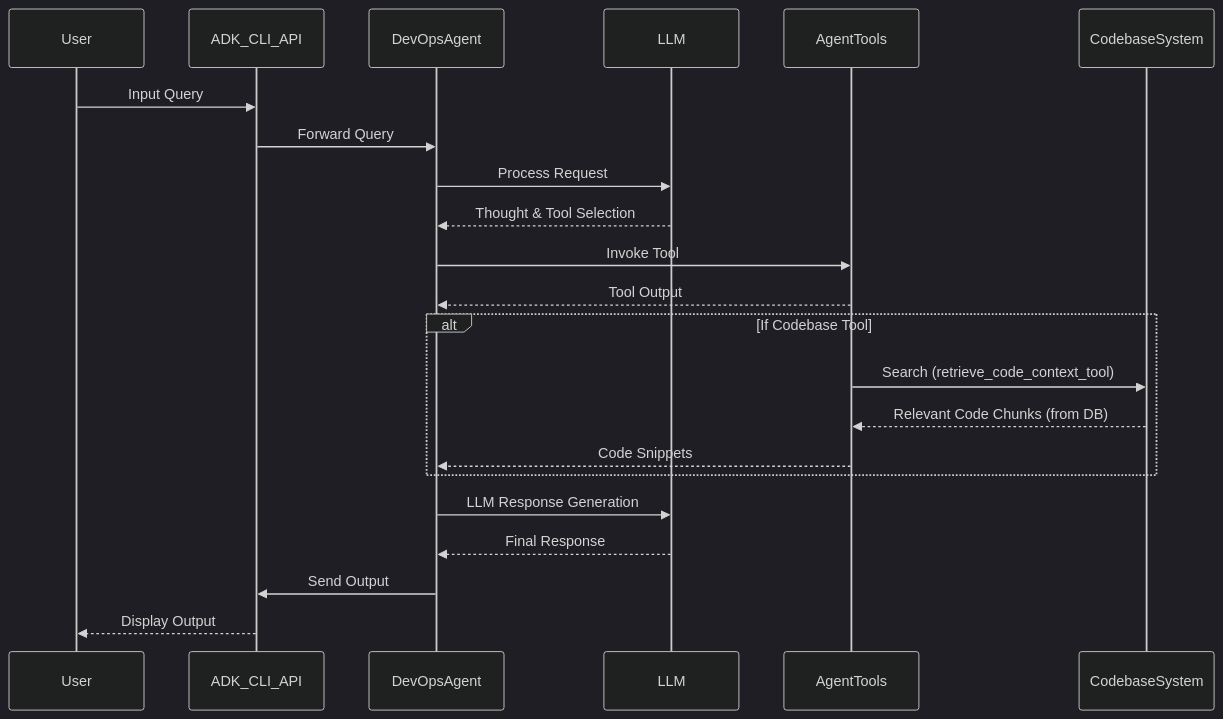
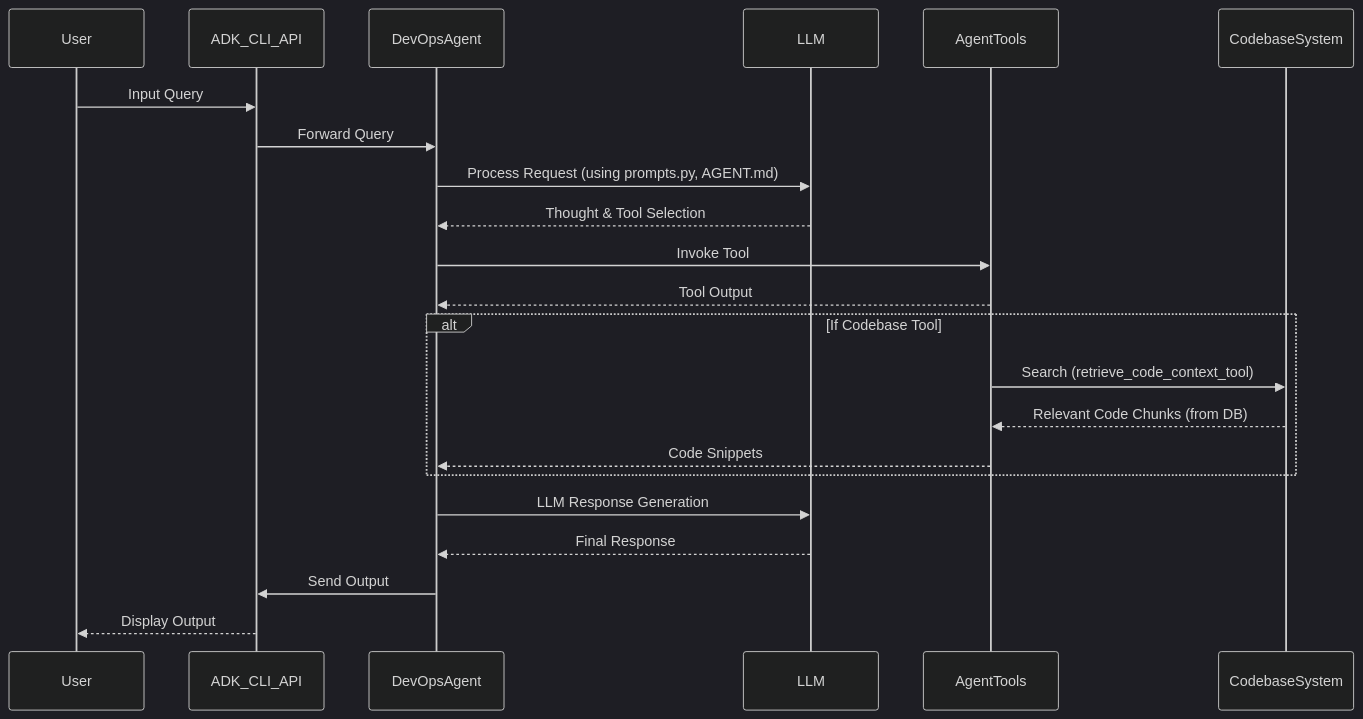
The fourth of 4 diagrams in README.md (BlueCentre/adk-agents), drawn with Mermaid (dark theme) before and after one commit. The commit also changed other lines of this file, not shown here.

````diff
--- a/README.md
+++ b/README.md
@@ -168,27 +174,27 @@
 ```mermaid
 sequenceDiagram
     participant User
     participant ADK_CLI_API
     participant DevOpsAgent
     participant LLM
     participant AgentTools
     participant CodebaseSystem
 
     User->>ADK_CLI_API: Input Query
     ADK_CLI_API->>DevOpsAgent: Forward Query
-    DevOpsAgent->>LLM: Process Request
+    DevOpsAgent->>LLM: Process Request (using prompts.py, AGENT.md)
     LLM-->>DevOpsAgent: Thought & Tool Selection
     DevOpsAgent->>AgentTools: Invoke Tool
     AgentTools-->>DevOpsAgent: Tool Output
 
     alt If Codebase Tool
         AgentTools->>CodebaseSystem: Search (retrieve_code_context_tool)
         CodebaseSystem-->>AgentTools: Relevant Code Chunks (from DB)
         AgentTools-->>DevOpsAgent: Code Snippets
     end
 
     DevOpsAgent->>LLM: LLM Response Generation
     LLM-->>DevOpsAgent: Final Response
     DevOpsAgent->>ADK_CLI_API: Send Output
     ADK_CLI_API-->>User: Display Output
 ```
````
